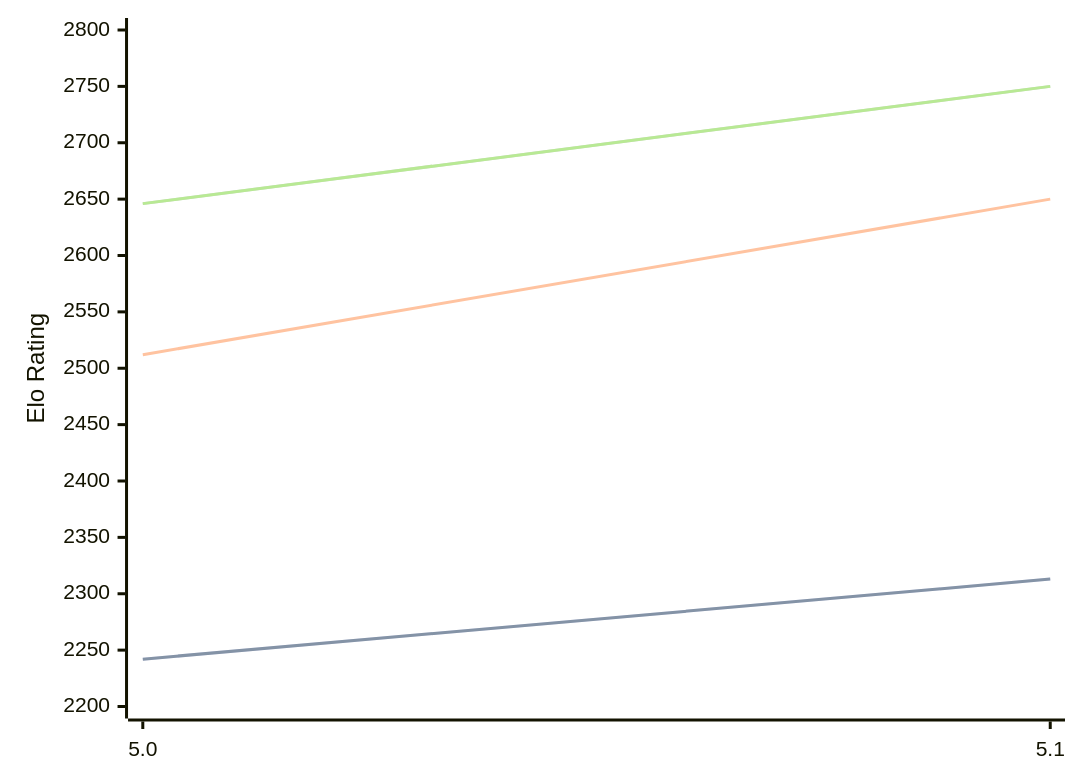
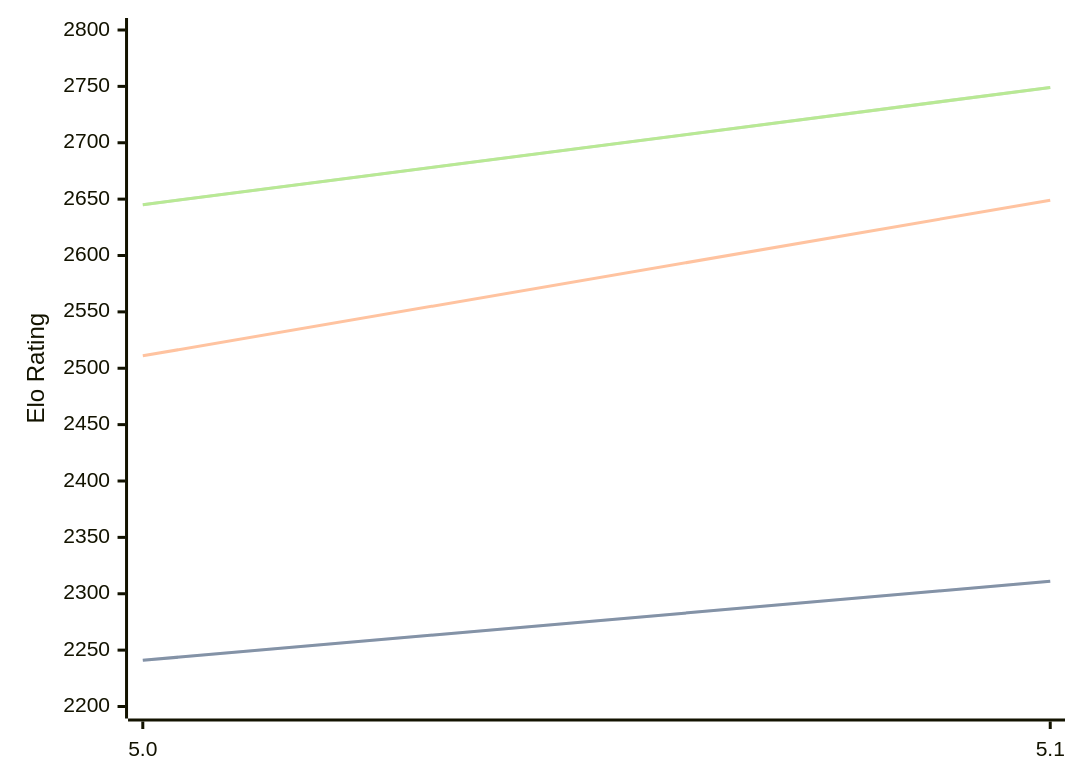
One commit to computer-chess-index/cci changed the diagram in engines/Dorky.md. Above: the diagram before and after it, drawn with Mermaid. The commit also changed other lines of this file, not shown here.

Commit message:
Update CCI Ratings (ELO VLTC) - 2026-10-01

````diff
--- a/engines/Dorky.md
+++ b/engines/Dorky.md
@@ -32,11 +32,11 @@
 ```mermaid
 %%{init: {"theme":"base","themeVariables":{"seriesColors:['#a3a3a3','#222221','#faa371']}}}%%
 xychart-beta
   x-axis ["5.0", "5.1"]
   y-axis "Elo Rating" 2200 --> 2800
-  line "" [2242, 2313]
-  line "STC (8.0+0.08s)" [2242, 2313]
-  line "LTC (60.0+0.60s)" [2512, 2650]
-  line "" [2646, 2750]
-  line "VLTC (2m24s+1.12s)" [2646, 2750]
+  line "" [2241, 2311]
+  line "STC (8.0+0.08s)" [2241, 2311]
+  line "LTC (60.0+0.60s)" [2511, 2649]
+  line "" [2645, 2749]
+  line "VLTC (2m24s+1.12s)" [2645, 2749]
 ```
````
